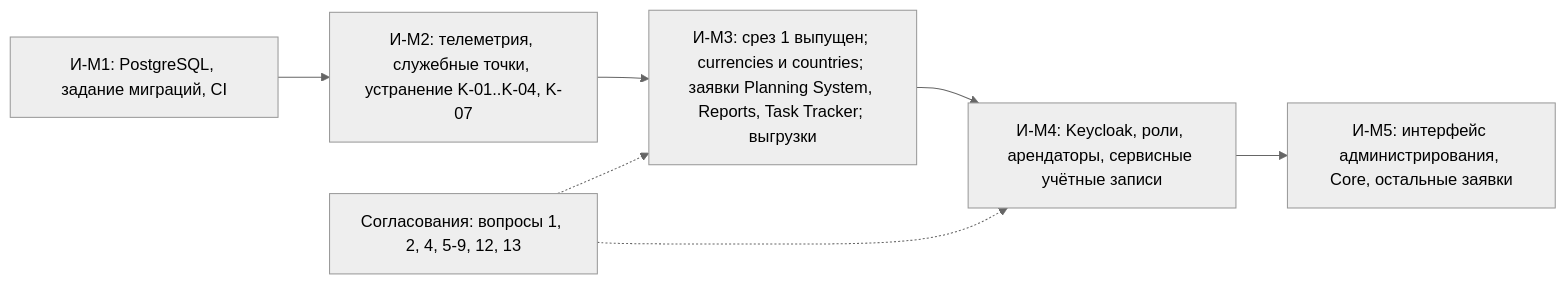
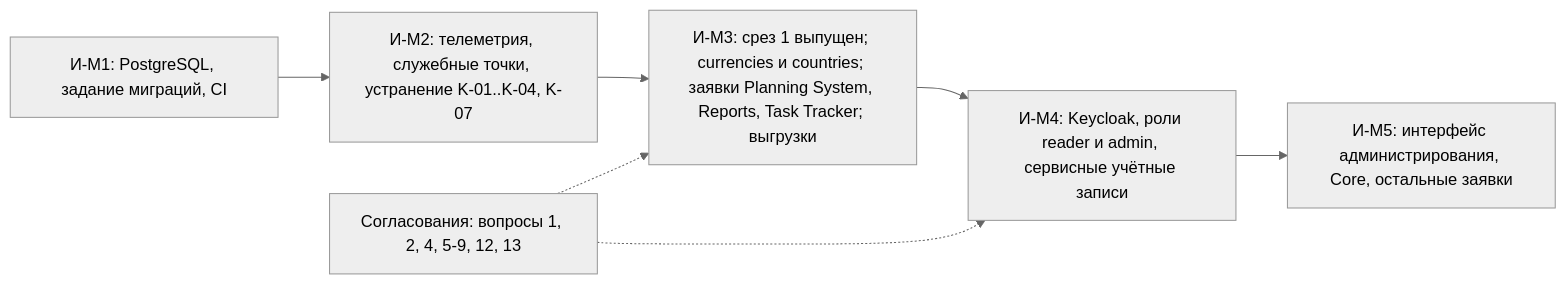
Before and after one commit to MEPhI-C22-501/arch-info-system-monorepo: the diagram in reference-manager/docs/block-i-integration-and-deployment/160.integration-plan.md, drawn with Mermaid (neutral theme). The commit also changed other lines of this file and 26 other files, not shown here.

````diff
--- a/reference-manager/docs/block-i-integration-and-deployment/160.integration-plan.md
+++ b/reference-manager/docs/block-i-integration-and-deployment/160.integration-plan.md
@@ -25,9 +25,9 @@
 ```mermaid
 flowchart LR
     M1["И-M1: PostgreSQL, задание миграций, CI"] --> M2["И-M2: телеметрия, служебные точки, устранение K-01..K-04, K-07"]
     M2 --> M3["И-M3: срез 1 выпущен; currencies и countries; заявки Planning System, Reports, Task Tracker; выгрузки"]
-    M3 --> M4["И-M4: Keycloak, роли, арендаторы, сервисные учётные записи"]
+    M3 --> M4["И-M4: Keycloak, роли reader и admin, сервисные учётные записи"]
     M4 --> M5["И-M5: интерфейс администрирования, Core, остальные заявки"]
     Q["Согласования: вопросы 1, 2, 4, 5-9, 12, 13"] -.-> M3
     Q -.-> M4
 ```
````
